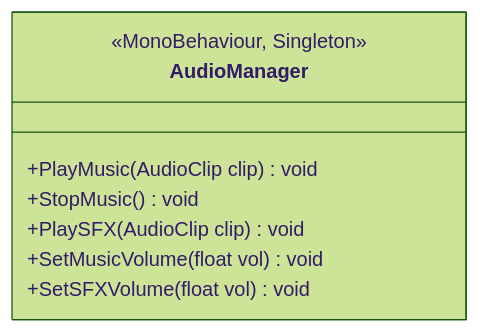
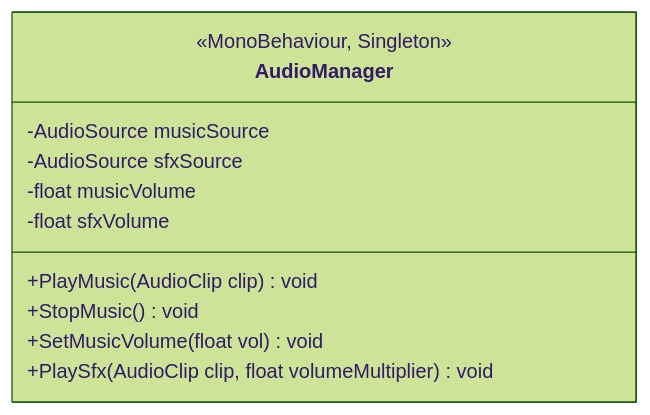
One commit to ben-hollinger/speg_code changed the ninth of 11 diagrams in Documentation/TECHNICAL_PLAN.md. Above: the diagram before and after it, drawn with Mermaid (forest theme).

Commit message:
update TECHNICAL_PLAN with implemented audio manager

````diff
--- a/Documentation/TECHNICAL_PLAN.md
+++ b/Documentation/TECHNICAL_PLAN.md
@@ -472,13 +472,16 @@
 ```mermaid
 classDiagram
     direction TB
 
     class AudioManager {
         <<MonoBehaviour, Singleton>>
+        -AudioSource musicSource
+        -AudioSource sfxSource
+        -float musicVolume
+        -float sfxVolume
         +PlayMusic(AudioClip clip) void
         +StopMusic() void
-        +PlaySFX(AudioClip clip) void
         +SetMusicVolume(float vol) void
-        +SetSFXVolume(float vol) void
+        +PlaySfx(AudioClip clip, float volumeMultiplier) void
     }
 ```
````
